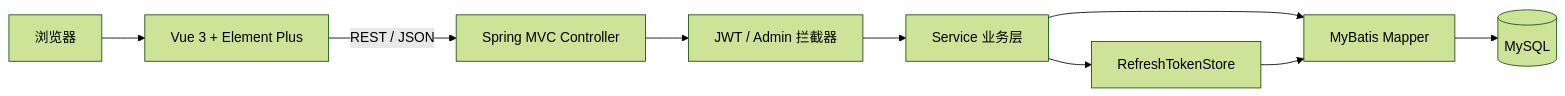
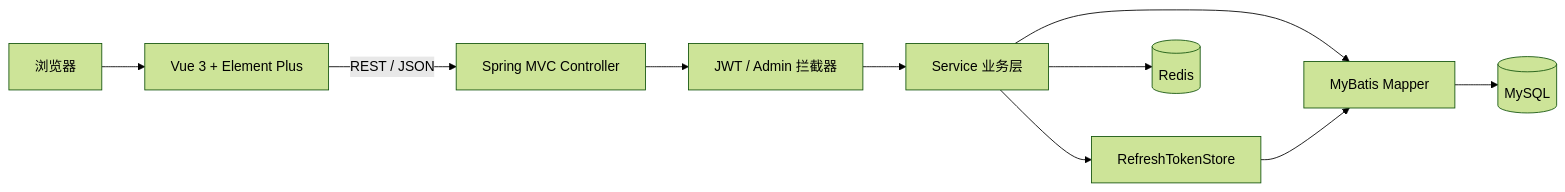
Before and after one commit to Glorylife123/java-ai-interview-agent: the first of 4 diagrams in README.md, drawn with Mermaid (forest theme). The commit also changed other lines of this file and 19 other files, not shown here.

````diff
--- a/README.md
+++ b/README.md
@@ -182,11 +189,12 @@
 ```mermaid
 flowchart LR
     Browser[浏览器] --> Vue[Vue 3 + Element Plus]
     Vue -->|REST / JSON| MVC[Spring MVC Controller]
     MVC --> Interceptor[JWT / Admin 拦截器]
     Interceptor --> Service[Service 业务层]
     Service --> Mapper[MyBatis Mapper]
     Service --> TokenStore[RefreshTokenStore]
+    Service --> Redis[(Redis)]
     TokenStore --> Mapper
     Mapper --> MySQL[(MySQL)]
 ```
````
